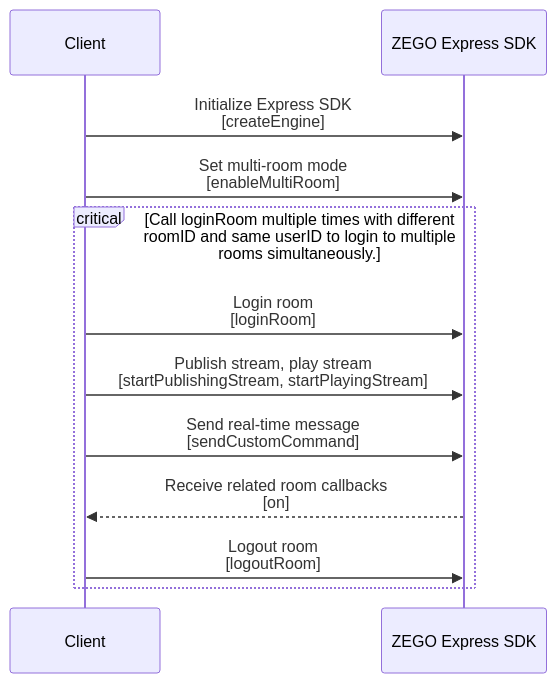
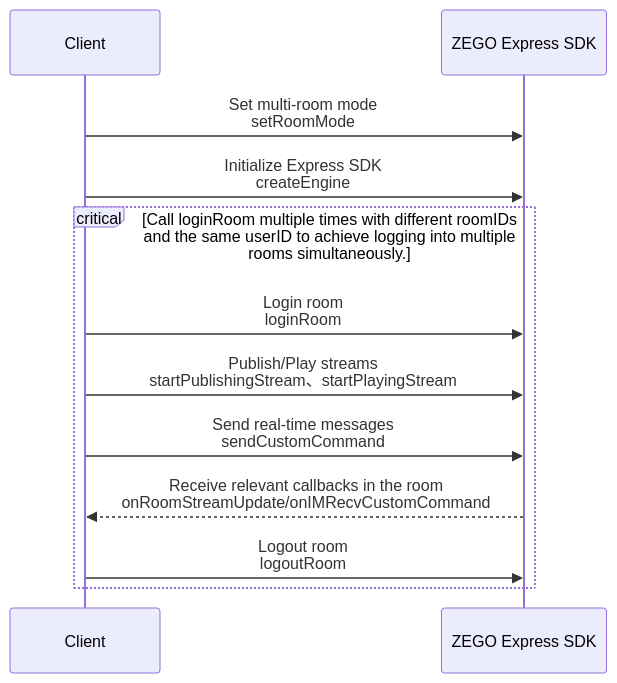
One commit to I-am-shy/uikit_docs changed the first of 2 diagrams in core_products/real-time-voice-video/en/electron-js/room/multi-room-login.mdx. Above: the diagram before and after it, drawn with Mermaid. The commit also changed other lines of this file and 373 other files, not shown here.

````diff
--- a/core_products/real-time-voice-video/en/electron-js/room/multi-room-login.mdx
+++ b/core_products/real-time-voice-video/en/electron-js/room/multi-room-login.mdx
@@ -19,21 +19,22 @@
 ```mermaid
 sequenceDiagram
     participant Client
     participant ZEGO Express SDK
 
-    Client->>ZEGO Express SDK: Initialize Express SDK <br/> [createEngine]
+    Client ->> ZEGO Express SDK: Set multi-room mode <br/> setRoomMode
 
-    Client->>ZEGO Express SDK: Set multi-room mode <br/> [enableMultiRoom]
+    Client ->> ZEGO Express SDK: Initialize Express SDK <br/> createEngine
 
-    critical Call loginRoom multiple times with different roomID and same userID to login to multiple rooms simultaneously.
-        Client->>ZEGO Express SDK: Login room <br/> [loginRoom]
 
-        Client->>ZEGO Express SDK: Publish stream, play stream <br/> [startPublishingStream, startPlayingStream]
+    critical Call loginRoom multiple times with different roomIDs and the same userID to achieve logging into multiple rooms simultaneously.
+        Client ->> ZEGO Express SDK: Login room <br/> loginRoom
 
-        Client->>ZEGO Express SDK: Send real-time message <br/> [sendCustomCommand]
+        Client ->> ZEGO Express SDK: Publish/Play streams <br/> startPublishingStream、startPlayingStream
 
-        ZEGO Express SDK-->>Client: Receive related room callbacks <br/> [on]
+        Client ->> ZEGO Express SDK: Send real-time messages <br/> sendCustomCommand
 
-        Client->>ZEGO Express SDK: Logout room <br/> [logoutRoom]
+        ZEGO Express SDK -->> Client: Receive relevant callbacks in the room <br/> onRoomStreamUpdate/onIMRecvCustomCommand
+
+        Client ->> ZEGO Express SDK: Logout room <br/> logoutRoom
     end
 ```
````
